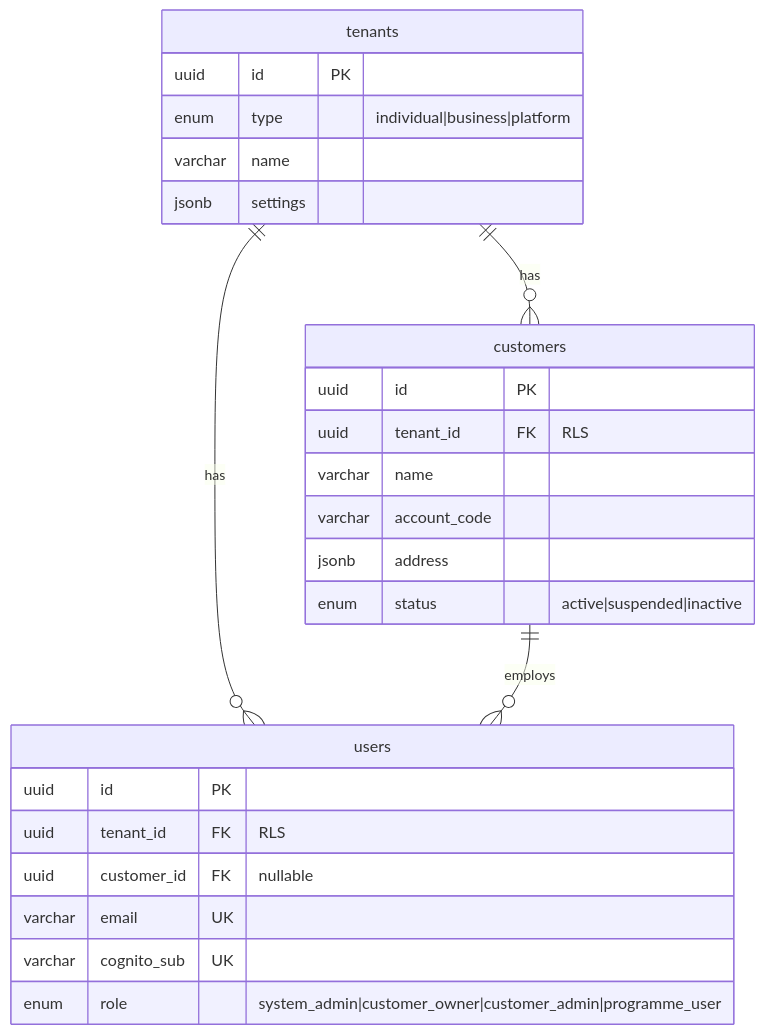
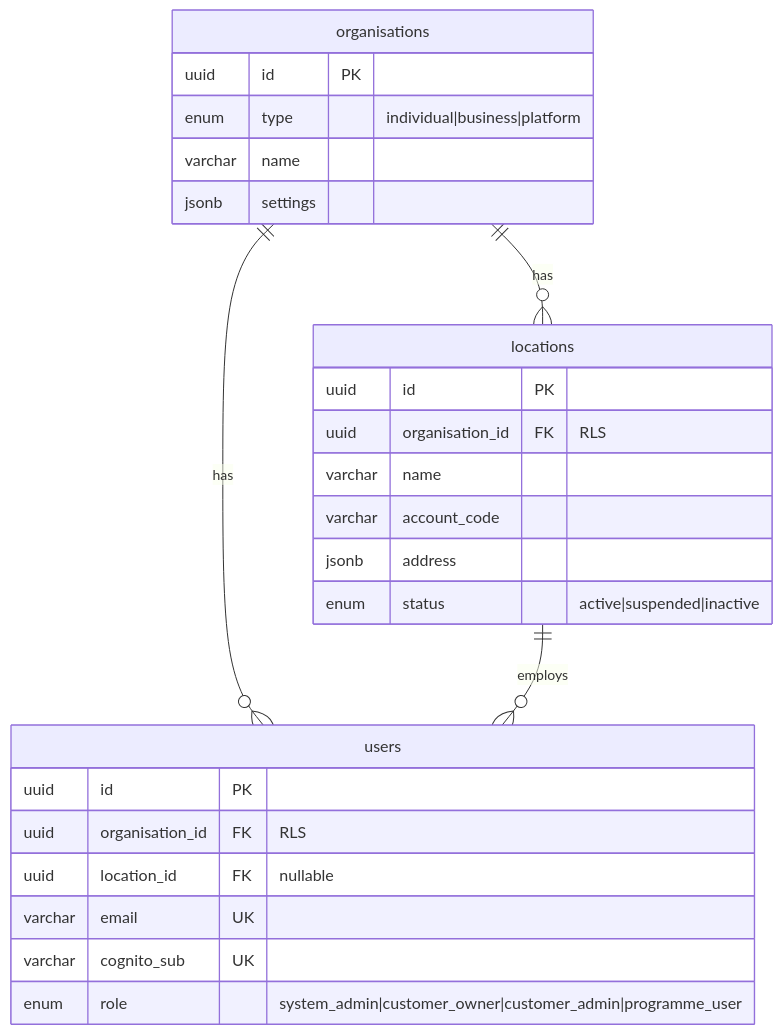
One commit to ChrisTregaskis/ffp changed the first of 3 diagrams in project-documentation/ffp_erd.md. Above: the diagram before and after it, drawn with Mermaid. The commit also changed other lines of this file and 22 other files, not shown here.

````diff
--- a/project-documentation/ffp_erd.md
+++ b/project-documentation/ffp_erd.md
@@ -21,31 +21,31 @@
 ```mermaid
 erDiagram
-    tenants ||--o{ customers : "has"
-    tenants ||--o{ users : "has"
-    customers ||--o{ users : "employs"
+    organisations ||--o{ locations : "has"
+    organisations ||--o{ users : "has"
+    locations ||--o{ users : "employs"
 
-    tenants {
+    organisations {
         uuid id PK
         enum type "individual|business|platform"
         varchar name
         jsonb settings
     }
 
-    customers {
+    locations {
         uuid id PK
-        uuid tenant_id FK "RLS"
+        uuid organisation_id FK "RLS"
         varchar name
         varchar account_code
         jsonb address
         enum status "active|suspended|inactive"
     }
 
     users {
         uuid id PK
-        uuid tenant_id FK "RLS"
-        uuid customer_id FK "nullable"
+        uuid organisation_id FK "RLS"
+        uuid location_id FK "nullable"
         varchar email UK
         varchar cognito_sub UK
         enum role "system_admin|customer_owner|customer_admin|programme_user"
     }
 ```
````
